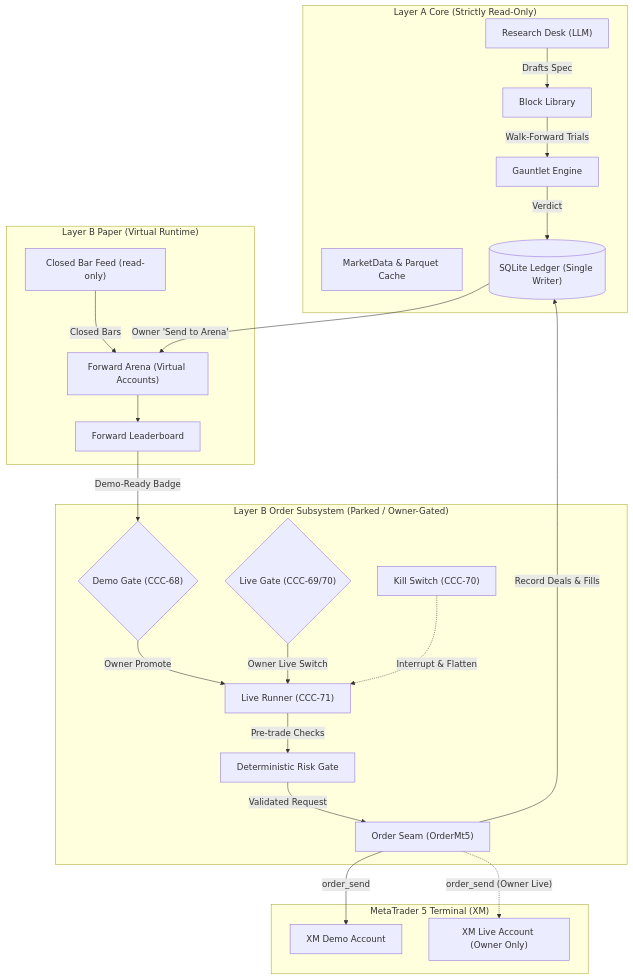
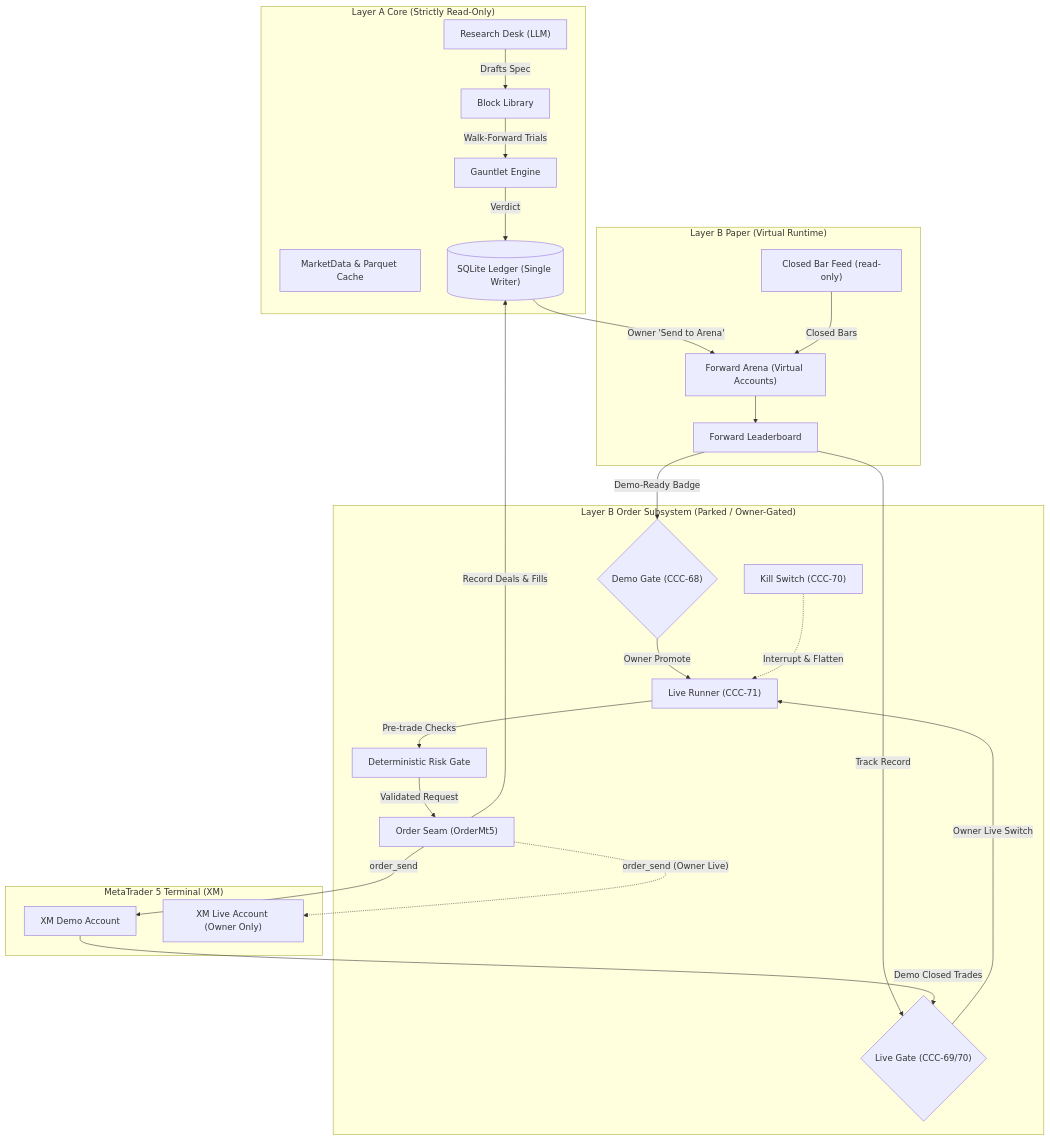
The first of 5 diagrams in docs/design/order-side.md (marknatdev/fxcommand), drawn with Mermaid before and after one commit. The commit also changed other lines of this file, not shown here.

````diff
--- a/docs/design/order-side.md
+++ b/docs/design/order-side.md
@@ -42,48 +42,49 @@
 ```mermaid
 flowchart TD
     subgraph LayerA_Core["Layer A Core (Strictly Read-Only)"]
         ResearchDesk["Research Desk (LLM)"]
         BlockLibrary["Block Library"]
         Gauntlet["Gauntlet Engine"]
         MarketData["MarketData & Parquet Cache"]
         Ledger[("SQLite Ledger (Single Writer)")]
     end
 
     subgraph LayerB_Paper["Layer B Paper (Virtual Runtime)"]
         BarFeed["Closed Bar Feed (read-only)"]
         ForwardArena["Forward Arena (Virtual Accounts)"]
         Leaderboard["Forward Leaderboard"]
     end
 
     subgraph OrderSubsystem["Layer B Order Subsystem (Parked / Owner-Gated)"]
         DemoGate{"Demo Gate (CCC-68)"}
         LiveGate{"Live Gate (CCC-69/70)"}
         RiskGate["Deterministic Risk Gate"]
         LiveRunner["Live Runner (CCC-71)"]
         KillSwitch["Kill Switch (CCC-70)"]
         OrderSeam["Order Seam (OrderMt5)"]
     end
 
     subgraph BrokerTerminal["MetaTrader 5 Terminal (XM)"]
         DemoAccount["XM Demo Account"]
         LiveAccount["XM Live Account (Owner Only)"]
     end
 
     ResearchDesk -->|"Drafts Spec"| BlockLibrary
     BlockLibrary -->|"Walk-Forward Trials"| Gauntlet
     Gauntlet -->|"Verdict"| Ledger
     Ledger -->|"Owner 'Send to Arena'"| ForwardArena
     BarFeed -->|"Closed Bars"| ForwardArena
     ForwardArena --> Leaderboard
     Leaderboard -->|"Demo-Ready Badge"| DemoGate
+    Leaderboard -->|"Track Record"| LiveGate
 
     DemoGate -->|"Owner Promote"| LiveRunner
-    LiveGate -->|"Owner Live Switch"| LiveRunner
-    KillSwitch -.->|"Interrupt & Flatten"| LiveRunner
-
     LiveRunner -->|"Pre-trade Checks"| RiskGate
     RiskGate -->|"Validated Request"| OrderSeam
     OrderSeam -->|"order_send"| DemoAccount
+    DemoAccount -->|"Demo Closed Trades"| LiveGate
+    LiveGate -->|"Owner Live Switch"| LiveRunner
     OrderSeam -.->|"order_send (Owner Live)"| LiveAccount
     OrderSeam -->|"Record Deals & Fills"| Ledger
+    KillSwitch -.->|"Interrupt & Flatten"| LiveRunner
 ```
````
